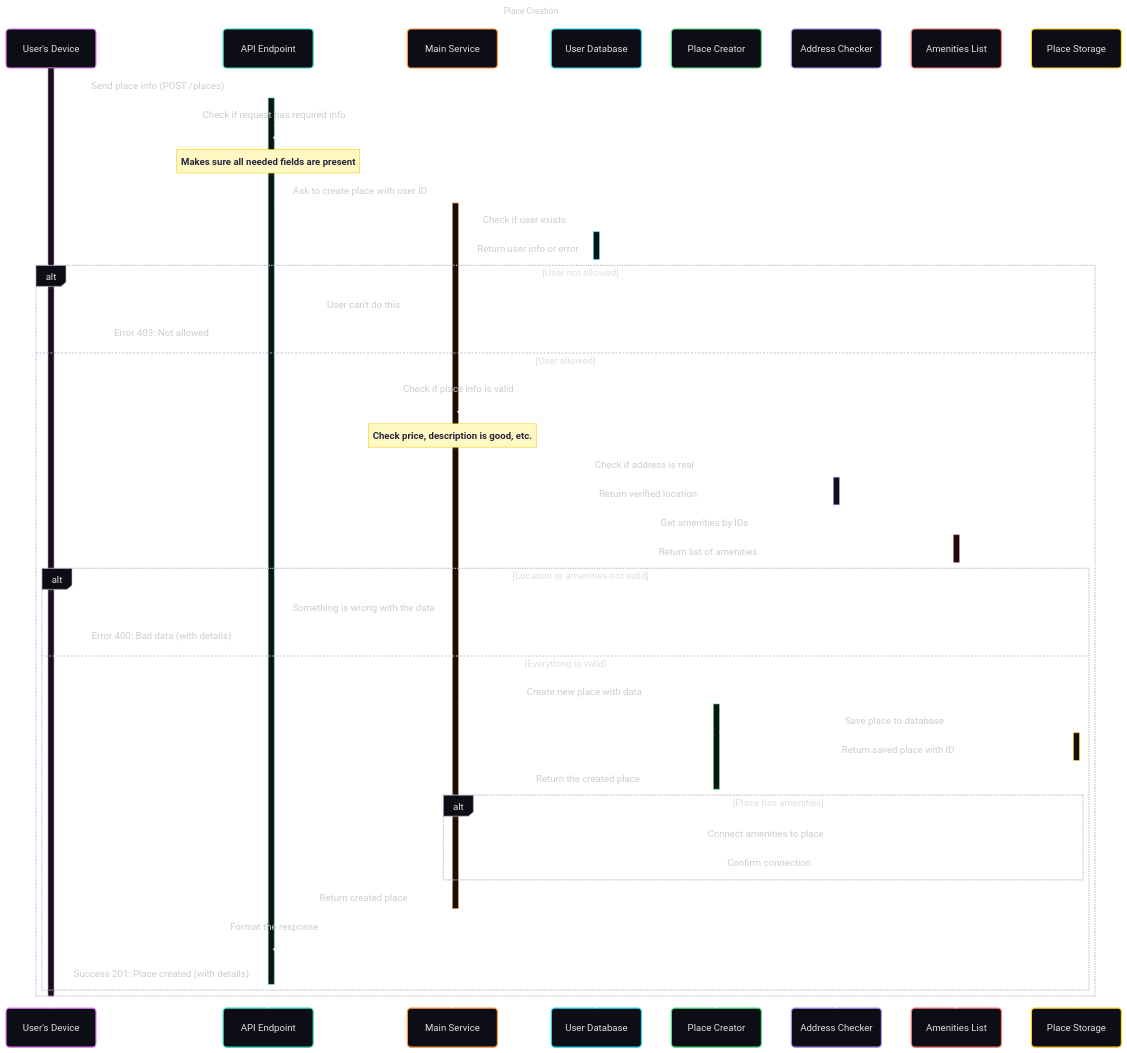
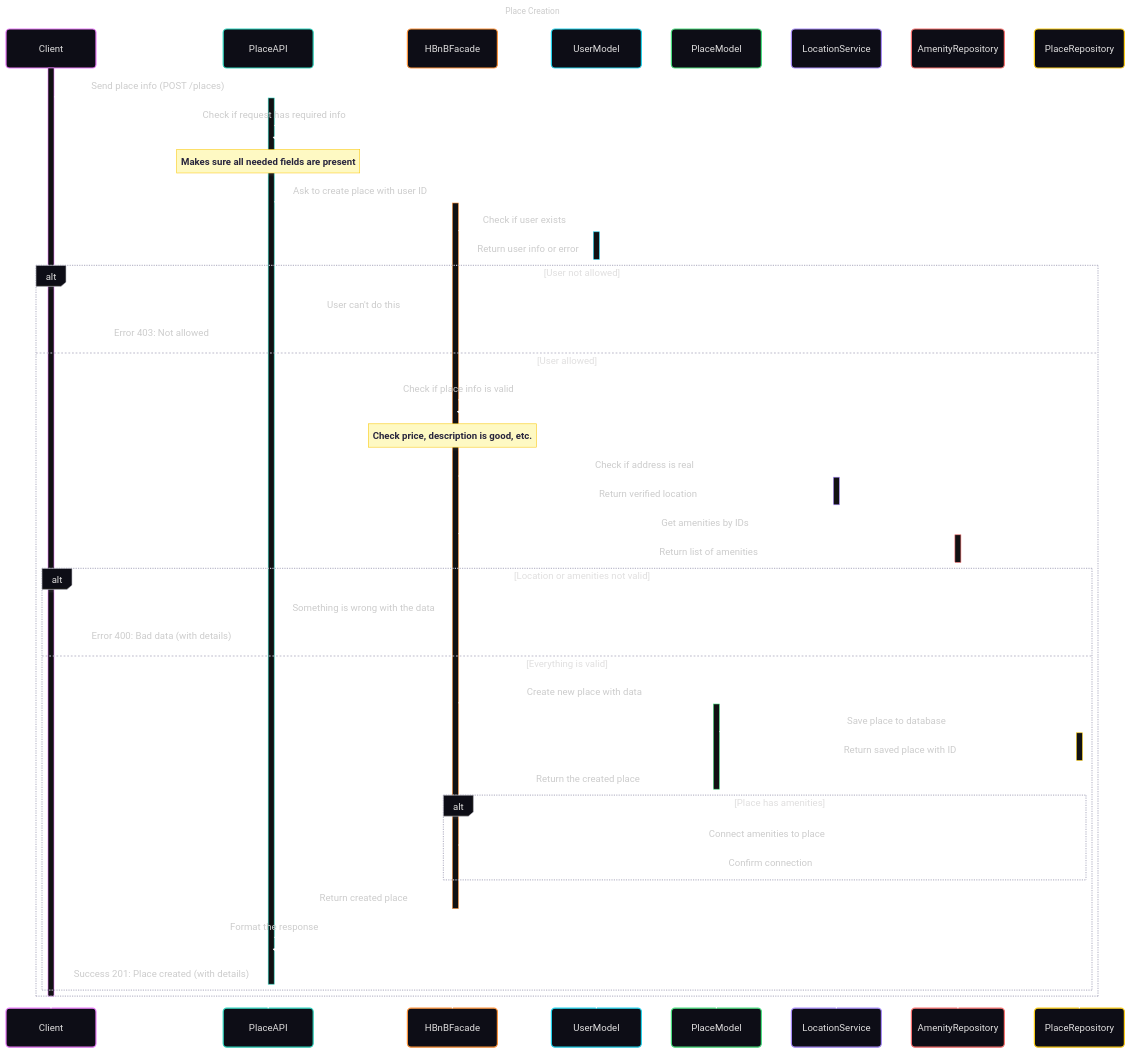
Before and after one commit to Steph974-Git/holbertonschool-hbnb: the fourth of 4 diagrams in README.md, drawn with Mermaid. The commit also changed other lines of this file, not shown here.

Commit message:
Refactor sequence diagrams for user registration and place creation: removed aliasing for participants to enhance clarity.

````diff
--- a/README.md
+++ b/README.md
@@ -300,54 +300,54 @@
 ```mermaid
 ---
 config:
   theme: redux-dark-color
   look: neo
 title : Place Creation
 ---
 sequenceDiagram
-    participant Client as User's Device
-    participant PlaceAPI as API Endpoint
-    participant HBnBFacade as Main Service
-    participant UserModel as User Database
-    participant PlaceModel as Place Creator
-    participant LocationService as Address Checker
-    participant AmenityRepository as Amenities List 
-    participant PlaceRepository as Place Storage
+    participant Client
+    participant PlaceAPI
+    participant HBnBFacade
+    participant UserModel
+    participant PlaceModel
+    participant LocationService
+    participant AmenityRepository
+    participant PlaceRepository
     activate Client
     Client->>+PlaceAPI: Send place info (POST /places)
     activate PlaceAPI
     PlaceAPI->>PlaceAPI: Check if request has required info
     Note over PlaceAPI: Makes sure all needed fields are present
     PlaceAPI->>+HBnBFacade: Ask to create place with user ID
     activate HBnBFacade
     HBnBFacade->>+UserModel: Check if user exists
     UserModel-->>-HBnBFacade: Return user info or error
     alt User not allowed
         HBnBFacade-->>PlaceAPI: User can't do this
         PlaceAPI-->>Client: Error 403: Not allowed
     else User allowed
         HBnBFacade->>HBnBFacade: Check if place info is valid
         Note over HBnBFacade: Check price, description is good, etc.
         HBnBFacade->>+LocationService: Check if address is real
         LocationService-->>-HBnBFacade: Return verified location
         HBnBFacade->>+AmenityRepository: Get amenities by IDs
         AmenityRepository-->>-HBnBFacade: Return list of amenities
         alt Location or amenities not valid
             HBnBFacade-->>PlaceAPI: Something is wrong with the data
             PlaceAPI-->>Client: Error 400: Bad data (with details)
         else Everything is valid
             HBnBFacade->>+PlaceModel: Create new place with data
             PlaceModel->>+PlaceRepository: Save place to database
             PlaceRepository-->>-PlaceModel: Return saved place with ID
             PlaceModel-->>-HBnBFacade: Return the created place
             alt Place has amenities
                 HBnBFacade->>PlaceRepository: Connect amenities to place
                 PlaceRepository-->>HBnBFacade: Confirm connection
             end
             HBnBFacade-->>-PlaceAPI: Return created place
             PlaceAPI->>PlaceAPI: Format the response
             PlaceAPI-->>-Client: Success 201: Place created (with details)
         end
     end
     deactivate Client
 ```
````
